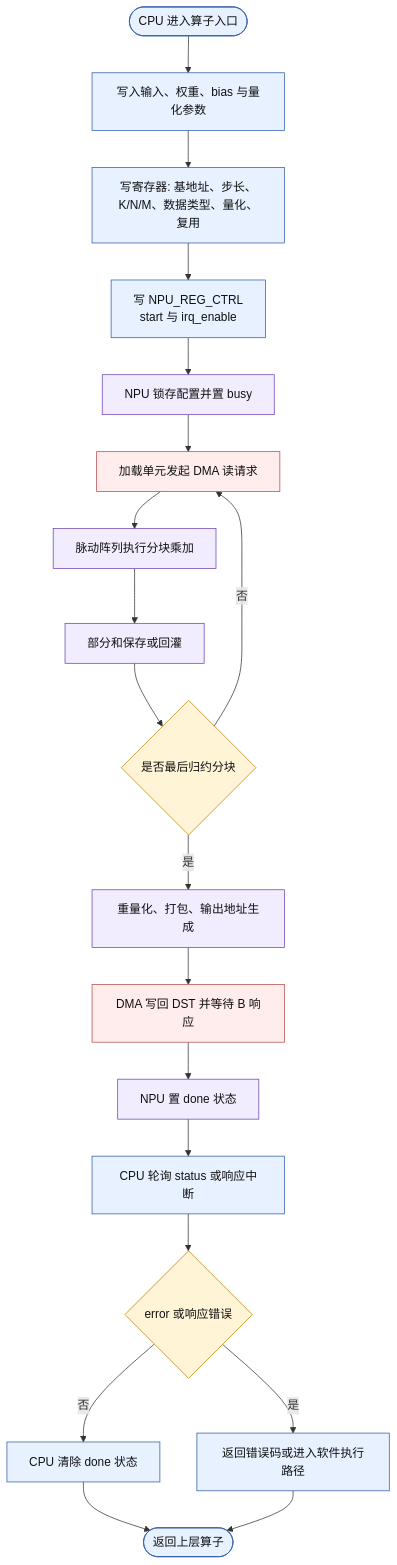
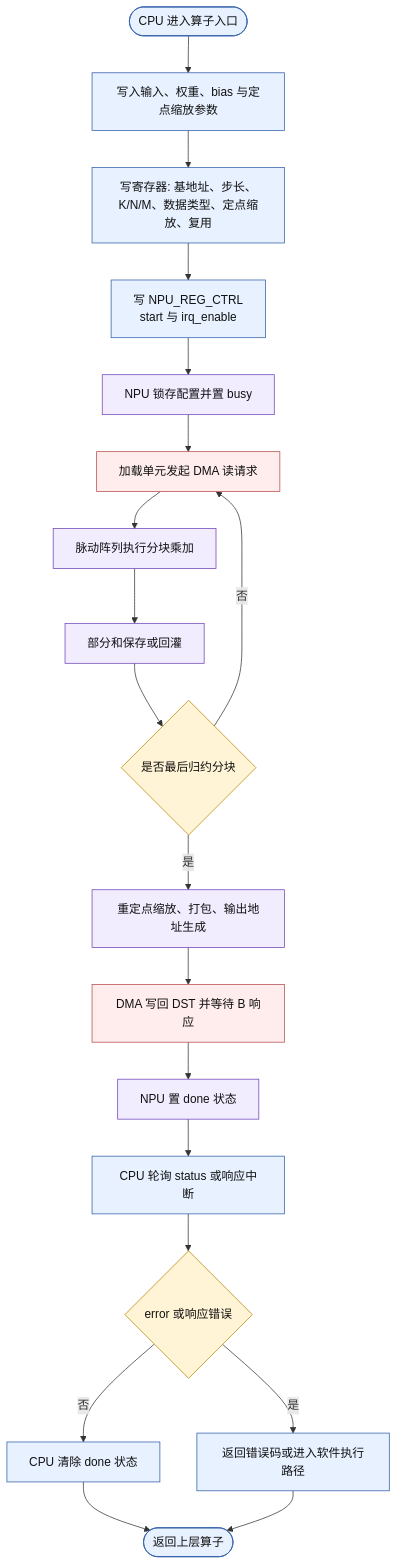
The diagram in veri/doc/original_docx_report_md/report_figures/mermaid/fig04_cpu_npu_flow.mmd (EE-noob/aiEngine_integrated), drawn with Mermaid before and after one commit. The commit also changed 85 other files, not shown here.

Commit message:
Refine NPU coverage reports and diagrams

```diff
--- a/veri/doc/original_docx_report_md/report_figures/mermaid/fig04_cpu_npu_flow.mmd
+++ b/veri/doc/original_docx_report_md/report_figures/mermaid/fig04_cpu_npu_flow.mmd
@@ -1,33 +1,33 @@
 flowchart TD
     S([CPU 进入算子入口])
-    PREP[写入输入、权重、bias 与量化参数]
-    REG0[写寄存器: 基地址、步长、K/N/M、数据类型、量化、复用]
+    PREP[写入输入、权重、bias 与定点缩放参数]
+    REG0[写寄存器: 基地址、步长、K/N/M、数据类型、定点缩放、复用]
     START[写 NPU_REG_CTRL<br/>start 与 irq_enable]
     LATCH[NPU 锁存配置并置 busy]
     LOAD[加载单元发起 DMA 读请求]
     COMPUTE[脉动阵列执行分块乘加]
     PS[部分和保存或回灌]
     FINAL{是否最后归约分块}
-    REQ[重量化、打包、输出地址生成]
+    REQ[重定点缩放、打包、输出地址生成]
     WRITE[DMA 写回 DST 并等待 B 响应]
     DONE[NPU 置 done 状态]
     POLL[CPU 轮询 status 或响应中断]
     CLR[CPU 清除 done 状态]
     END([返回上层算子])
     ERR{error 或响应错误}
     FALLBACK[返回错误码或进入软件执行路径]
 
     S --> PREP --> REG0 --> START --> LATCH --> LOAD --> COMPUTE --> PS --> FINAL
     FINAL -- 否 --> LOAD
     FINAL -- 是 --> REQ --> WRITE --> DONE --> POLL --> ERR
     ERR -- 否 --> CLR --> END
     ERR -- 是 --> FALLBACK --> END
 
     classDef cpu fill:#E8F1FF,stroke:#2F5DA8,stroke-width:1px,color:#111;
     classDef npu fill:#F2ECFF,stroke:#6C43B6,stroke-width:1px,color:#111;
     classDef dma fill:#FFECEC,stroke:#B64B4B,stroke-width:1px,color:#111;
     classDef decision fill:#FFF4D6,stroke:#B88300,stroke-width:1px,color:#111;
     class S,PREP,REG0,START,POLL,CLR,END,FALLBACK cpu;
     class LATCH,COMPUTE,PS,REQ,DONE npu;
     class LOAD,WRITE dma;
     class FINAL,ERR decision;
```
